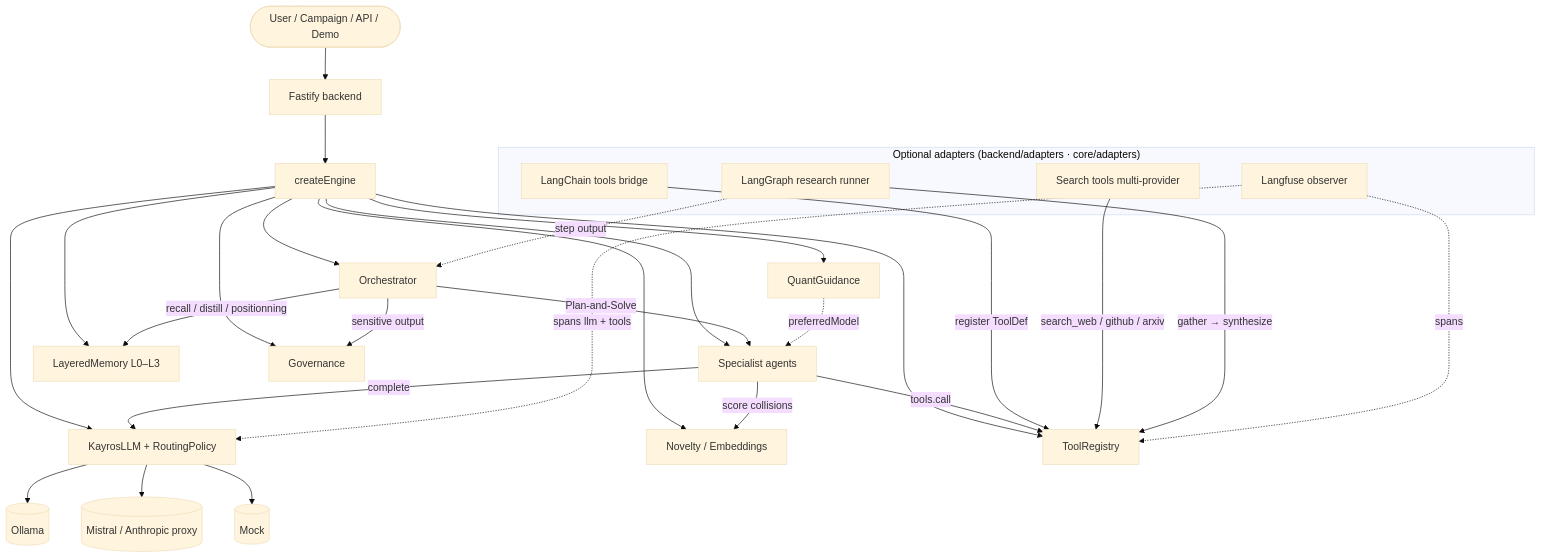
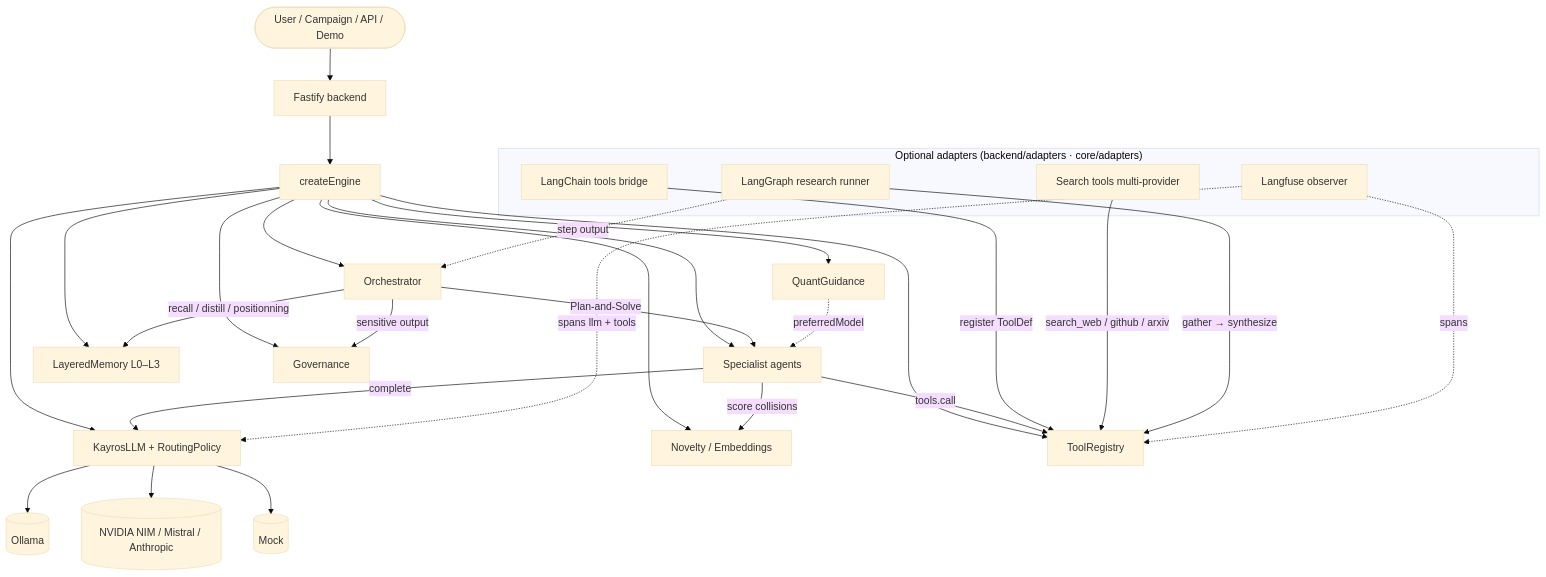
The fifth of 6 diagrams in README.md (Geoking2104/KayrosLab), drawn with Mermaid (base theme) before and after one commit. The commit also changed other lines of this file and 5 other files, not shown here.

First line of the commit message:
docs(api): référence API publique v1 (docs/API.md), architecture intégrations et README aligné sur l'état actuel

````diff
--- a/README.md
+++ b/README.md
@@ -457,39 +459,39 @@
 ```mermaid
 flowchart TB
   USER([User / Campaign / API / Demo]) --> API[Fastify backend]
   API --> ENG[createEngine]
   ENG --> ORCH[Orchestrator]
   ENG --> AGENTS[Specialist agents]
   ENG --> MEM[LayeredMemory L0–L3]
   ENG --> LLM[KayrosLLM + RoutingPolicy]
   ENG --> GOV[Governance]
   ENG --> QG[QuantGuidance]
   ENG --> NOV[Novelty / Embeddings]
   ENG --> TOOLS[ToolRegistry]
 
   ORCH -->|Plan-and-Solve| AGENTS
   ORCH -->|recall / distill / positionning| MEM
   AGENTS -->|complete| LLM
   AGENTS -->|score collisions| NOV
   AGENTS -->|tools.call| TOOLS
   ORCH -->|sensitive output| GOV
   QG -.->|preferredModel| AGENTS
 
   LLM --> P1[(Ollama)]
-  LLM --> P2[(Mistral / Anthropic proxy)]
+  LLM --> P2[(NVIDIA NIM / Mistral / Anthropic)]
   LLM --> P3[(Mock)]
 
   subgraph PERIPH["Optional adapters (backend/adapters · core/adapters)"]
     LC[LangChain tools bridge]
     LG[LangGraph research runner]
     SRCH[Search tools multi-provider]
     LF[Langfuse observer]
   end
 
   LC -->|register ToolDef| TOOLS
   SRCH -->|search_web / github / arxiv| TOOLS
   LG -->|gather → synthesize| TOOLS
   LG -.->|step output| ORCH
   LF -.->|spans llm + tools| LLM
   LF -.->|spans| TOOLS
 ```
````
